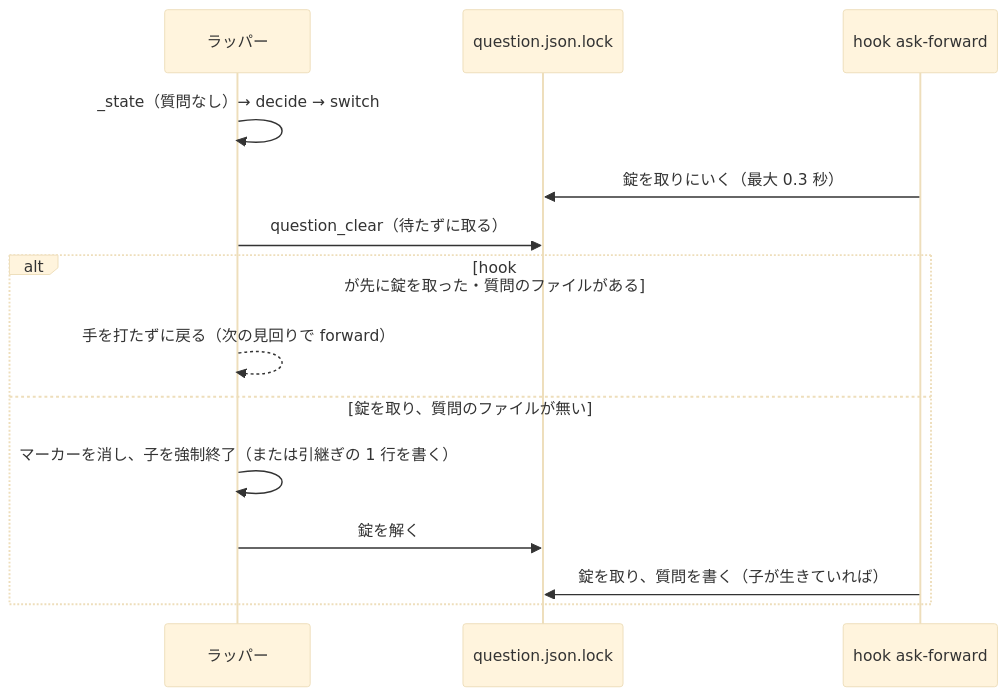
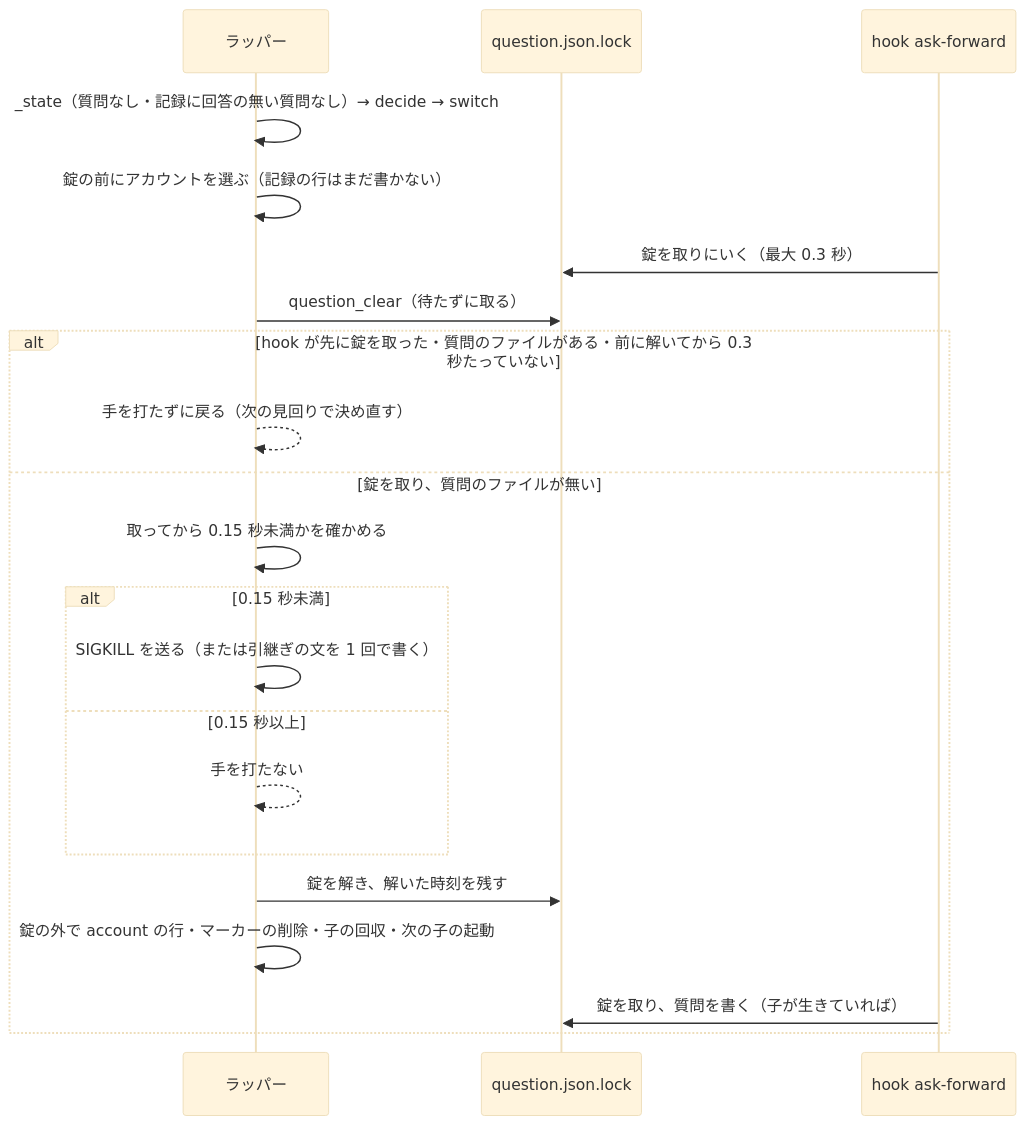
The fifth of 5 diagrams in issues/issue-3842-3846-3847-3814-design.md (devbasex/ai-plugins), drawn with Mermaid (base theme) before and after one commit. The commit also changed other lines of this file and 1 other file, not shown here.

````diff
--- a/issues/issue-3842-3846-3847-3814-design.md
+++ b/issues/issue-3842-3846-3847-3814-design.md
@@ -242,16 +250,23 @@
 ```mermaid
 sequenceDiagram
   participant W as ラッパー
   participant L as question.json.lock
   participant H as hook ask-forward
-  W->>W: _state（質問なし）→ decide → switch
+  W->>W: _state（質問なし・記録に回答の無い質問なし）→ decide → switch
+  W->>W: 錠の前にアカウントを選ぶ（記録の行はまだ書かない）
   H->>L: 錠を取りにいく（最大 0.3 秒）
   W->>L: question_clear（待たずに取る）
-  alt hook が先に錠を取った・質問のファイルがある
-    W-->>W: 手を打たずに戻る（次の見回りで forward）
+  alt hook が先に錠を取った・質問のファイルがある・前に解いてから 0.3 秒たっていない
+    W-->>W: 手を打たずに戻る（次の見回りで決め直す）
   else 錠を取り、質問のファイルが無い
-    W->>W: マーカーを消し、子を強制終了（または引継ぎの 1 行を書く）
-    W->>L: 錠を解く
+    W->>W: 取ってから 0.15 秒未満かを確かめる
+    alt 0.15 秒未満
+      W->>W: SIGKILL を送る（または引継ぎの文を 1 回で書く）
+    else 0.15 秒以上
+      W-->>W: 手を打たない
+    end
+    W->>L: 錠を解き、解いた時刻を残す
+    W->>W: 錠の外で account の行・マーカーの削除・子の回収・次の子の起動
     H->>L: 錠を取り、質問を書く（子が生きていれば）
   end
 ```
````
